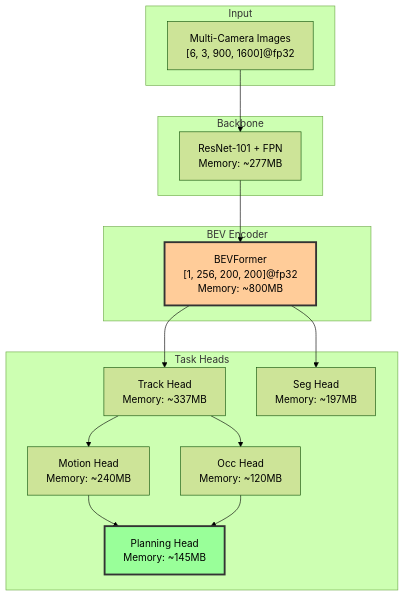
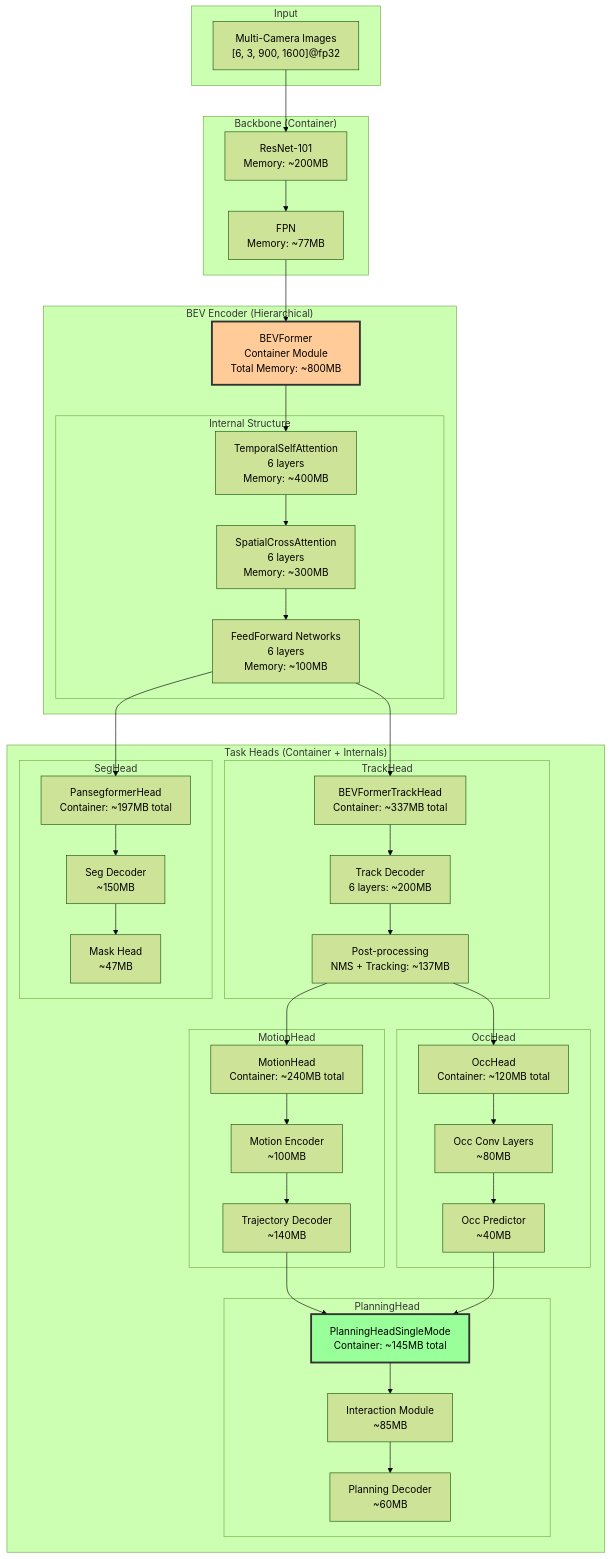
Before and after one commit to litanlitudan/UniAD: the diagram in tools/pytorch_op_tracer/reports/UniAD_Architecture_Summary.md, drawn with Mermaid (forest theme). The commit also changed other lines of this file and 4 other files, not shown here.

Commit message:
feat: enhance tracer.py and reports with hierarchical module structures and detailed memory analysis for improved clarity

````diff
--- a/tools/pytorch_op_tracer/reports/UniAD_Architecture_Summary.md
+++ b/tools/pytorch_op_tracer/reports/UniAD_Architecture_Summary.md
@@ -9,34 +9,78 @@
 ```mermaid
 graph TB
     subgraph "Input"
         IMG["Multi-Camera Images<br/>[6, 3, 900, 1600]@fp32"]
     end
     
-    subgraph "Backbone"
-        BB["ResNet-101 + FPN<br/>Memory: ~277MB"]
+    subgraph "Backbone (Container)"
+        BB["ResNet-101<br/>Memory: ~200MB"]
+        FPN["FPN<br/>Memory: ~77MB"]
+        BB --> FPN
     end
     
-    subgraph "BEV Encoder"
-        BEV["BEVFormer<br/>[1, 256, 200, 200]@fp32<br/>Memory: ~800MB"]
+    subgraph "BEV Encoder (Hierarchical)"
+        BEVTop["BEVFormer<br/>Container Module<br/>Total Memory: ~800MB"]
+        subgraph "Internal Structure"
+            TSA["TemporalSelfAttention<br/>6 layers<br/>Memory: ~400MB"]
+            SCA["SpatialCrossAttention<br/>6 layers<br/>Memory: ~300MB"]
+            FFN["FeedForward Networks<br/>6 layers<br/>Memory: ~100MB"]
+        end
+        BEVTop --> TSA
+        TSA --> SCA
+        SCA --> FFN
     end
     
-    subgraph "Task Heads"
-        TH["Track Head<br/>Memory: ~337MB"]
-        SH["Seg Head<br/>Memory: ~197MB"]
-        MH["Motion Head<br/>Memory: ~240MB"]
-        OH["Occ Head<br/>Memory: ~120MB"]
-        PH["Planning Head<br/>Memory: ~145MB"]
+    subgraph "Task Heads (Container + Internals)"
+        subgraph "TrackHead"
+            TH["BEVFormerTrackHead<br/>Container: ~337MB total"]
+            TDec["Track Decoder<br/>6 layers: ~200MB"]
+            TPost["Post-processing<br/>NMS + Tracking: ~137MB"]
+            TH --> TDec
+            TDec --> TPost
+        end
+        
+        subgraph "SegHead"
+            SH["PansegformerHead<br/>Container: ~197MB total"]
+            SDec["Seg Decoder<br/>~150MB"]
+            SMask["Mask Head<br/>~47MB"]
+            SH --> SDec
+            SDec --> SMask
+        end
+        
+        subgraph "MotionHead"
+            MH["MotionHead<br/>Container: ~240MB total"]
+            MEnc["Motion Encoder<br/>~100MB"]
+            MTraj["Trajectory Decoder<br/>~140MB"]
+            MH --> MEnc
+            MEnc --> MTraj
+        end
+        
+        subgraph "OccHead"
+            OH["OccHead<br/>Container: ~120MB total"]
+            OConv["Occ Conv Layers<br/>~80MB"]
+            OPred["Occ Predictor<br/>~40MB"]
+            OH --> OConv
+            OConv --> OPred
+        end
+        
+        subgraph "PlanningHead"
+            PH["PlanningHeadSingleMode<br/>Container: ~145MB total"]
+            PInter["Interaction Module<br/>~85MB"]
+            PTraj["Planning Decoder<br/>~60MB"]
+            PH --> PInter
+            PInter --> PTraj
+        end
     end
     
     IMG --> BB
-    BB --> BEV
-    BEV --> TH
-    BEV --> SH
-    TH --> MH
-    TH --> OH
-    MH --> PH
-    OH --> PH
+    FPN --> BEVTop
+    FFN --> TH
+    FFN --> SH
+    TPost --> MH
+    TPost --> OH
+    MTraj --> PH
+    OPred --> PH
     
-    style BEV fill:#ffcc99,stroke:#333,stroke-width:3px
+    style BEVTop fill:#ffcc99,stroke:#333,stroke-width:3px
     style PH fill:#99ff99,stroke:#333,stroke-width:3px
 ```
````
